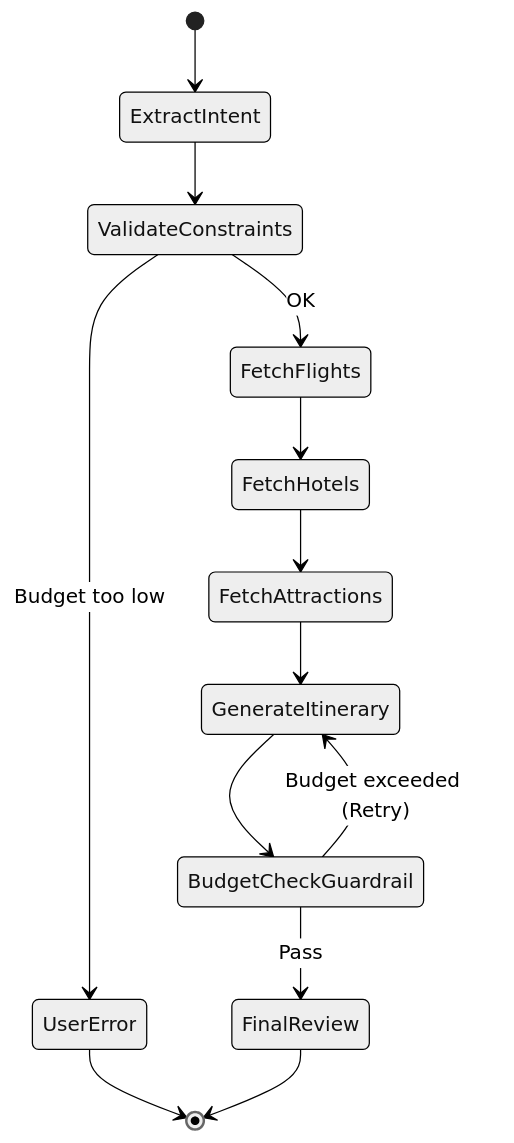
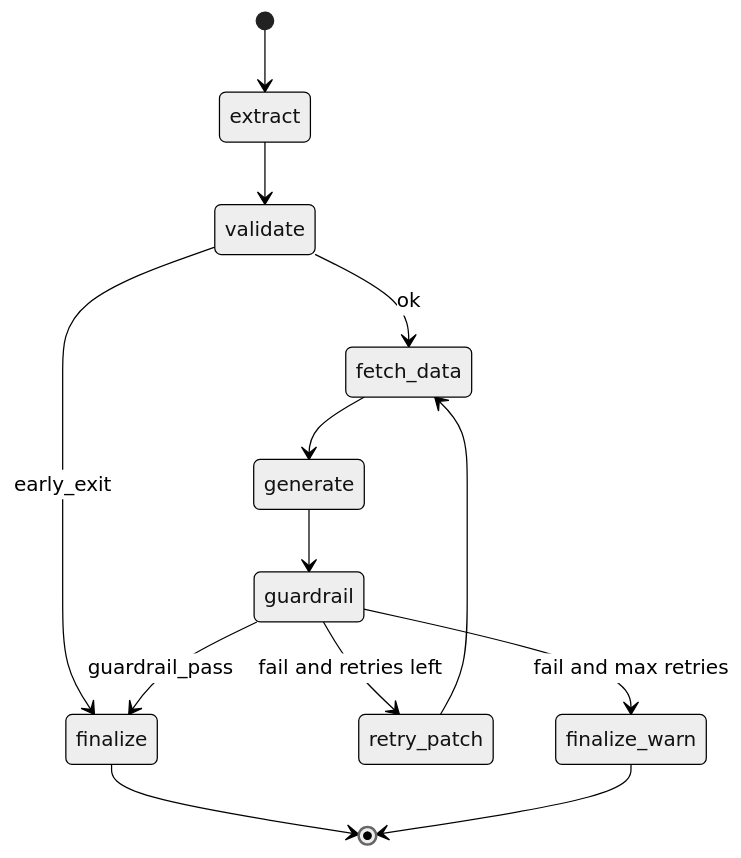
Before and after one commit to nastyakon14/AI_Travel_Planning_Agent: the diagram in docs/diagrams/workflow.mmd, drawn with Mermaid (neutral theme). The commit also changed 42 other files, not shown here.

```diff
--- a/docs/diagrams/workflow.mmd
+++ b/docs/diagrams/workflow.mmd
@@ -1,19 +1,13 @@
 stateDiagram-v2
-    [*] --> ExtractIntent
-    
-    ExtractIntent --> ValidateConstraints
-    ValidateConstraints --> UserError: Budget too low
-    UserError --> [*]
-    
-    ValidateConstraints --> FetchFlights: OK
-    FetchFlights --> FetchHotels
-    FetchHotels --> FetchAttractions
-    
-    FetchAttractions --> GenerateItinerary
-    
-    GenerateItinerary --> BudgetCheckGuardrail
-    
-    BudgetCheckGuardrail --> GenerateItinerary: Budget exceeded (Retry)
-    BudgetCheckGuardrail --> FinalReview: Pass
-    
-    FinalReview --> [*]
+    [*] --> extract
+    extract --> validate
+    validate --> finalize: early_exit
+    validate --> fetch_data: ok
+    fetch_data --> generate
+    generate --> guardrail
+    guardrail --> finalize: guardrail_pass
+    guardrail --> retry_patch: fail and retries left
+    guardrail --> finalize_warn: fail and max retries
+    retry_patch --> fetch_data
+    finalize --> [*]
+    finalize_warn --> [*]
```
